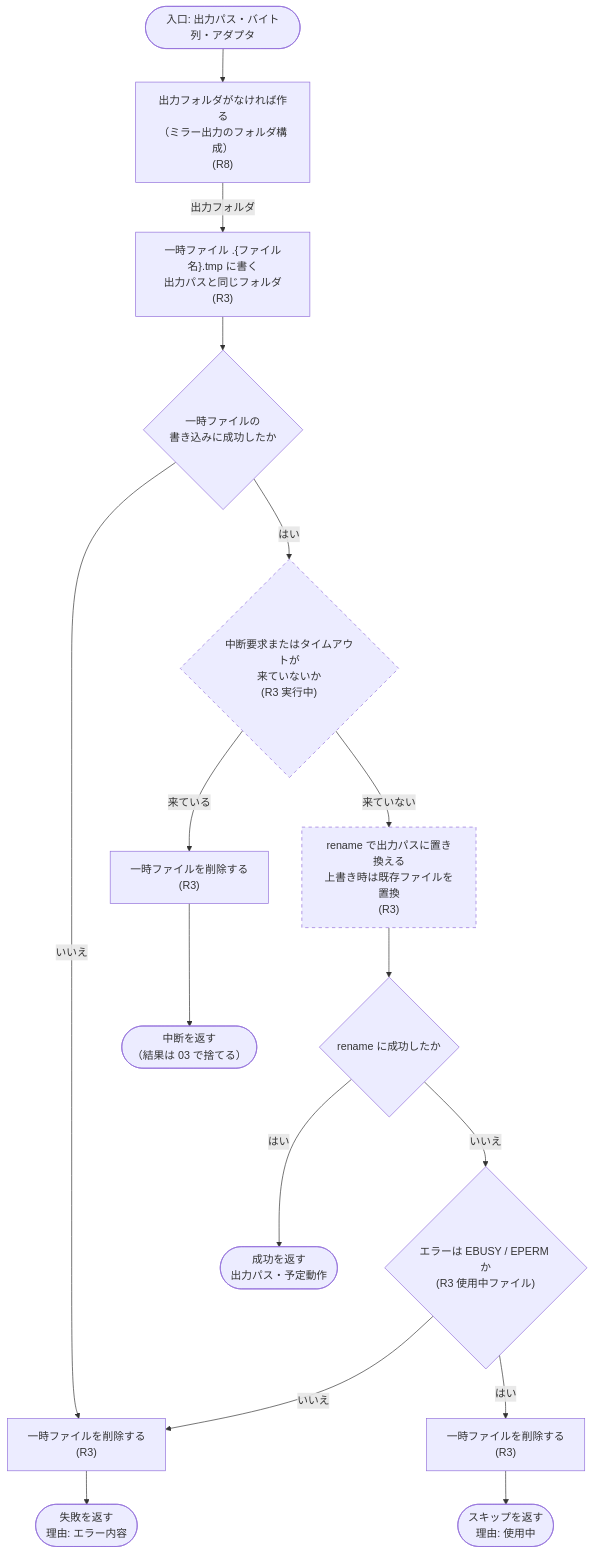
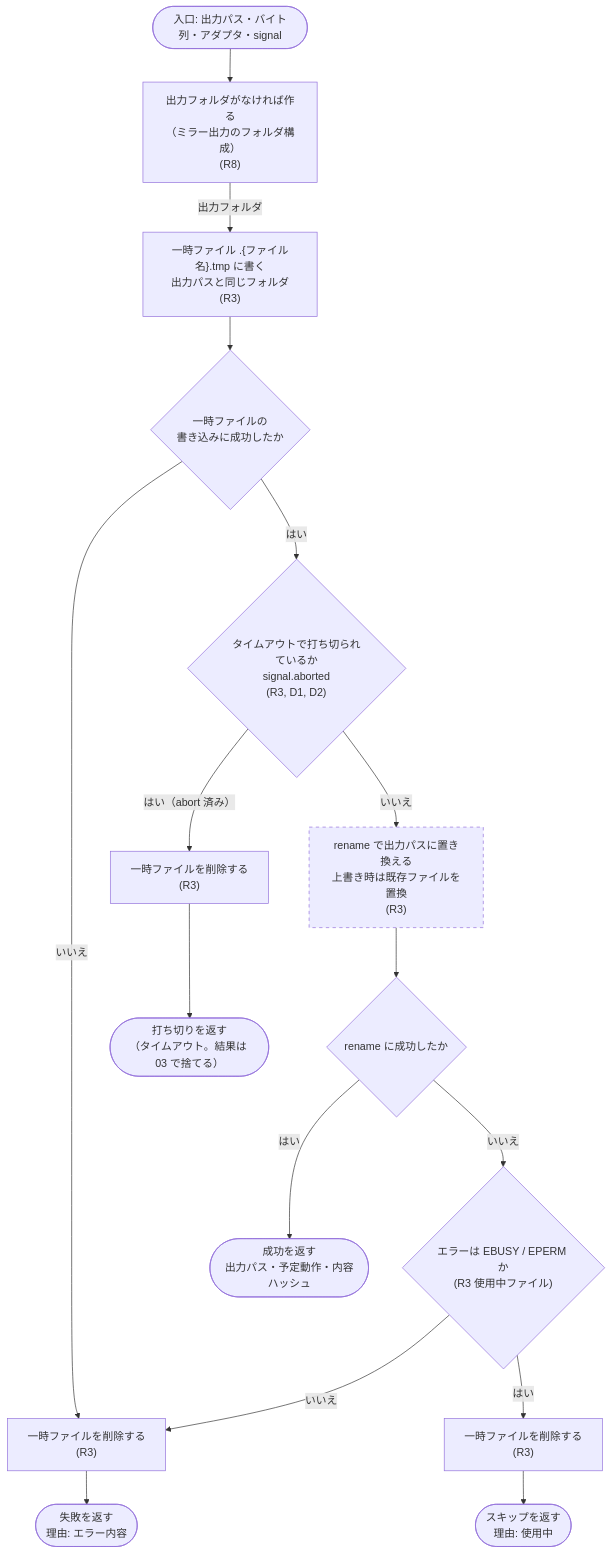
The third of 3 diagrams in docs/flows/09-write-file.md (rakko1133/obsidian-md-to-office), drawn with Mermaid before and after one commit. The commit also changed other lines of this file and 9 other files, not shown here.

First line of the commit message:
docs: 10 本のフロー図を境界の決定に合わせて修正 (R3, R8)

````diff
--- a/docs/flows/09-write-file.md
+++ b/docs/flows/09-write-file.md
@@ -103,37 +106,37 @@
 ```mermaid
 flowchart TD
-  B0(["入口: 出力パス・バイト列・アダプタ"])
+  B0(["入口: 出力パス・バイト列・アダプタ・signal"])
   Mkdir["出力フォルダがなければ作る<br/>（ミラー出力のフォルダ構成）<br/>(R8)"]
   Tmp["一時ファイル .{ファイル名}.tmp に書く<br/>出力パスと同じフォルダ<br/>(R3)"]
   TmpOk{"一時ファイルの<br/>書き込みに成功したか"}
-  Abort{"中断要求またはタイムアウトが<br/>来ていないか<br/>(R3 実行中)"}
+  Abort{"タイムアウトで打ち切られているか<br/>signal.aborted<br/>(R3, D1, D2)"}
   Rename["rename で出力パスに置き換える<br/>上書き時は既存ファイルを置換<br/>(R3)"]
   RenOk{"rename に成功したか"}
   Busy{"エラーは EBUSY / EPERM か<br/>(R3 使用中ファイル)"}
   CleanF["一時ファイルを削除する<br/>(R3)"]
   CleanS["一時ファイルを削除する<br/>(R3)"]
   CleanC["一時ファイルを削除する<br/>(R3)"]
-  Ok(["成功を返す<br/>出力パス・予定動作"])
+  Ok(["成功を返す<br/>出力パス・予定動作・内容ハッシュ"])
   Skip(["スキップを返す<br/>理由: 使用中"])
   Fail(["失敗を返す<br/>理由: エラー内容"])
-  Cancel(["中断を返す<br/>（結果は 03 で捨てる）"])
+  Cancel(["打ち切りを返す<br/>（タイムアウト。結果は 03 で捨てる）"])
 
   B0 --> Mkdir
   Mkdir -->|"出力フォルダ"| Tmp
   Tmp --> TmpOk
   TmpOk -->|"いいえ"| CleanF
   TmpOk -->|"はい"| Abort
-  Abort -->|"来ている"| CleanC
-  Abort -->|"来ていない"| Rename
+  Abort -->|"はい（abort 済み）"| CleanC
+  Abort -->|"いいえ"| Rename
   Rename --> RenOk
   RenOk -->|"はい"| Ok
   RenOk -->|"いいえ"| Busy
   Busy -->|"はい"| CleanS
   Busy -->|"いいえ"| CleanF
   CleanF --> Fail
   CleanS --> Skip
   CleanC --> Cancel
 
   classDef undecided stroke-dasharray: 5 5
-  class Abort,Rename undecided
+  class Rename undecided
 ```
````
